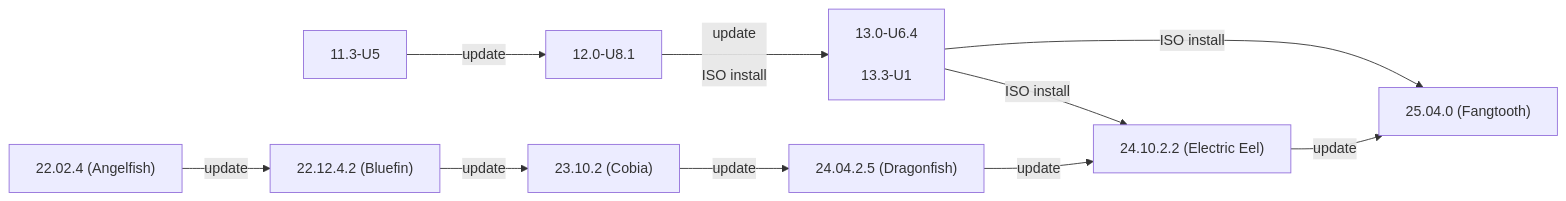
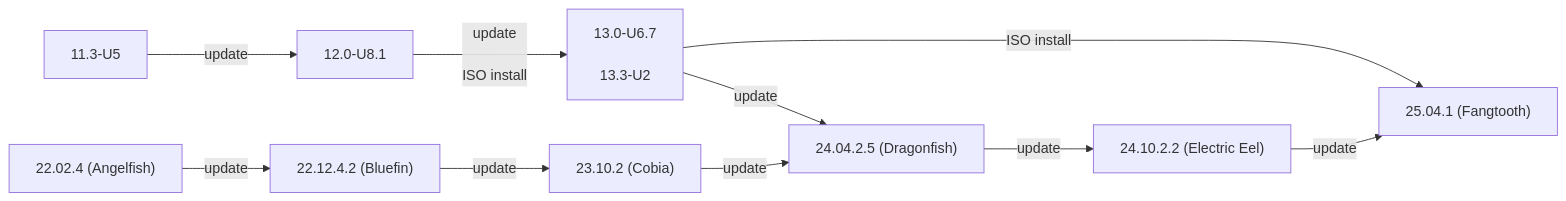
The first of 2 diagrams in static/includes/SCALEUpgradePaths.md (truenas/documentation), drawn with Mermaid before and after one commit. The commit also changed other lines of this file, not shown here.

```diff
--- a/static/includes/SCALEUpgradePaths.md
+++ b/static/includes/SCALEUpgradePaths.md
@@ -67,13 +67,13 @@
           {{< mermaid class="mermaid_sizing" >}}
           flowchart LR
             A["11.3-U5"] -->|update| B["12.0-U8.1"]
-            B -->|"update<br><br>ISO install"| C["13.0-U6.4<br><br>13.3-U1"]
-            C -->|ISO install| H
+            B -->|"update<br><br>ISO install"| C["13.0-U6.7<br><br>13.3-U2"]
+            C -->|update| G
             C -->|ISO install| I
             D["22.02.4 (Angelfish)"] -->|update| E
             E["22.12.4.2 (Bluefin)"] -->|update| F
             F["23.10.2 (Cobia)"] -->|update| G
             G["24.04.2.5 (Dragonfish)"] -->|update| H
             H["24.10.2.2 (Electric Eel)"] -->|update| I
-            I["25.04.0 (Fangtooth)"]
+            I["25.04.1 (Fangtooth)"]
           {{< /mermaid >}}
```
